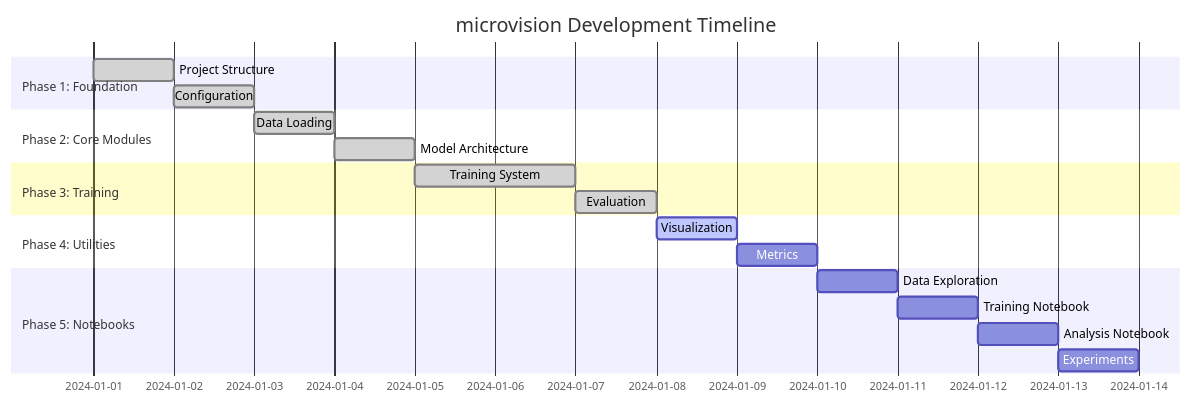
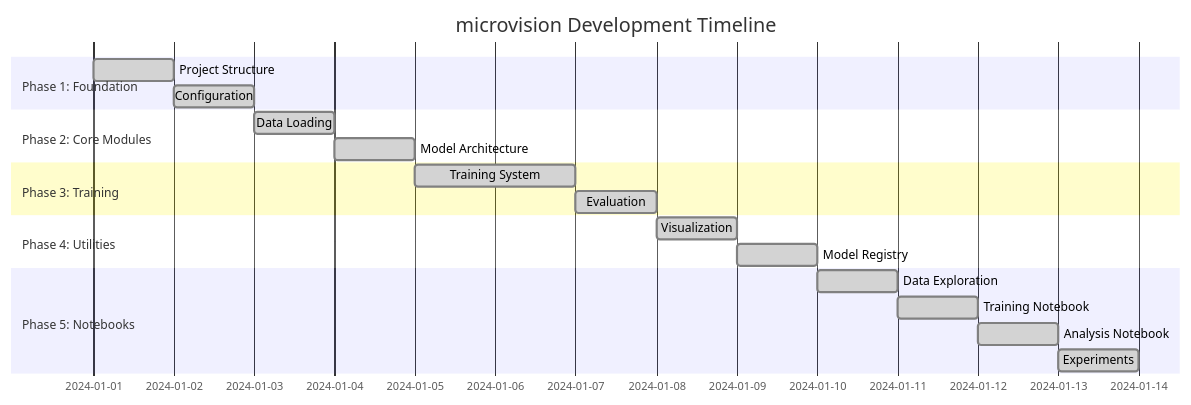
One commit to ruskaruma/microvision changed diagram 13 of 16 in ARCHITECTURE.md. Above: the diagram before and after it, drawn with Mermaid. The commit also changed other lines of this file and 2 other files, not shown here.

````diff
--- a/ARCHITECTURE.md
+++ b/ARCHITECTURE.md
@@ -272,26 +276,26 @@
 ```mermaid
 gantt
     title microvision Development Timeline
     dateFormat  YYYY-MM-DD
     section Phase 1: Foundation
     Project Structure    :done, p1, 2024-01-01, 1d
     Configuration       :done, p1b, after p1, 1d
     
     section Phase 2: Core Modules
     Data Loading        :done, p2a, after p1b, 1d
     Model Architecture  :done, p2b, after p2a, 1d
     
     section Phase 3: Training
     Training System     :done, p3, after p2b, 2d
     Evaluation          :done, p3b, after p3, 1d
     
     section Phase 4: Utilities
-    Visualization       :active, p4, after p3b, 1d
-    Metrics            :p4b, after p4, 1d
+    Visualization       :done, p4, after p3b, 1d
+    Model Registry      :done, p4b, after p4, 1d
     
     section Phase 5: Notebooks
-    Data Exploration   :p5a, after p4b, 1d
-    Training Notebook  :p5b, after p5a, 1d
-    Analysis Notebook  :p5c, after p5b, 1d
-    Experiments       :p5d, after p5c, 1d
+    Data Exploration   :done, p5a, after p4b, 1d
+    Training Notebook  :done, p5b, after p5a, 1d
+    Analysis Notebook  :done, p5c, after p5b, 1d
+    Experiments       :done, p5d, after p5c, 1d
 ```
````
